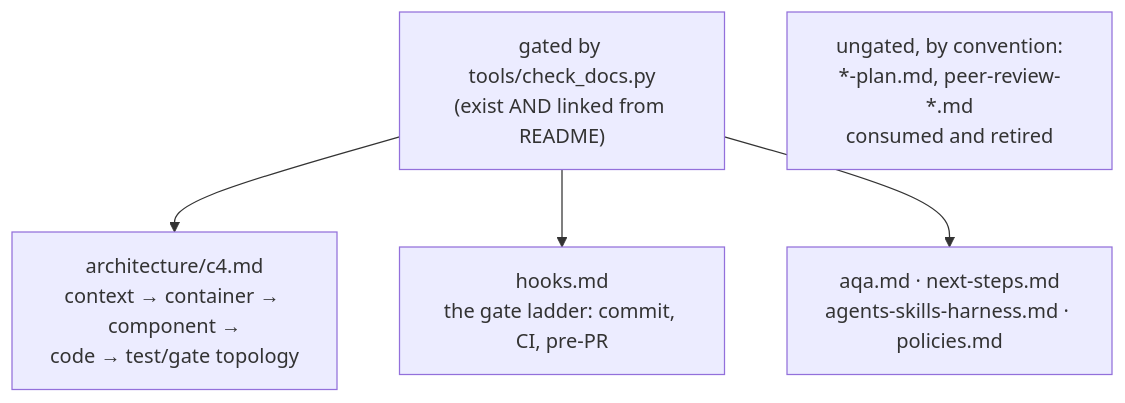
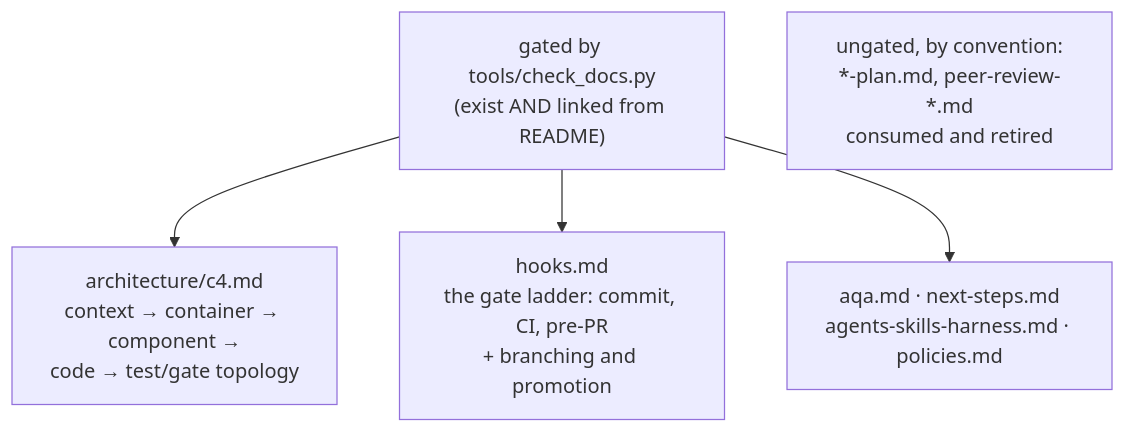
Before and after one commit to ianshank/planlint: the diagram in docs/AGENTS.md, drawn with Mermaid. The commit also changed other lines of this file and 38 other files, not shown here.

````diff
--- a/docs/AGENTS.md
+++ b/docs/AGENTS.md
@@ -7,8 +7,8 @@
 ```mermaid
 flowchart TD
     gated["gated by tools/check_docs.py<br/>(exist AND linked from README)"]
     gated --> c4["architecture/c4.md<br/>context → container → component →<br/>code → test/gate topology"]
-    gated --> hooks["hooks.md<br/>the gate ladder: commit, CI, pre-PR"]
+    gated --> hooks["hooks.md<br/>the gate ladder: commit, CI, pre-PR<br/>+ branching and promotion"]
     gated --> aqa["aqa.md · next-steps.md<br/>agents-skills-harness.md · policies.md"]
     plans["ungated, by convention:<br/>*-plan.md, peer-review-*.md<br/>consumed and retired"]
 ```
````
